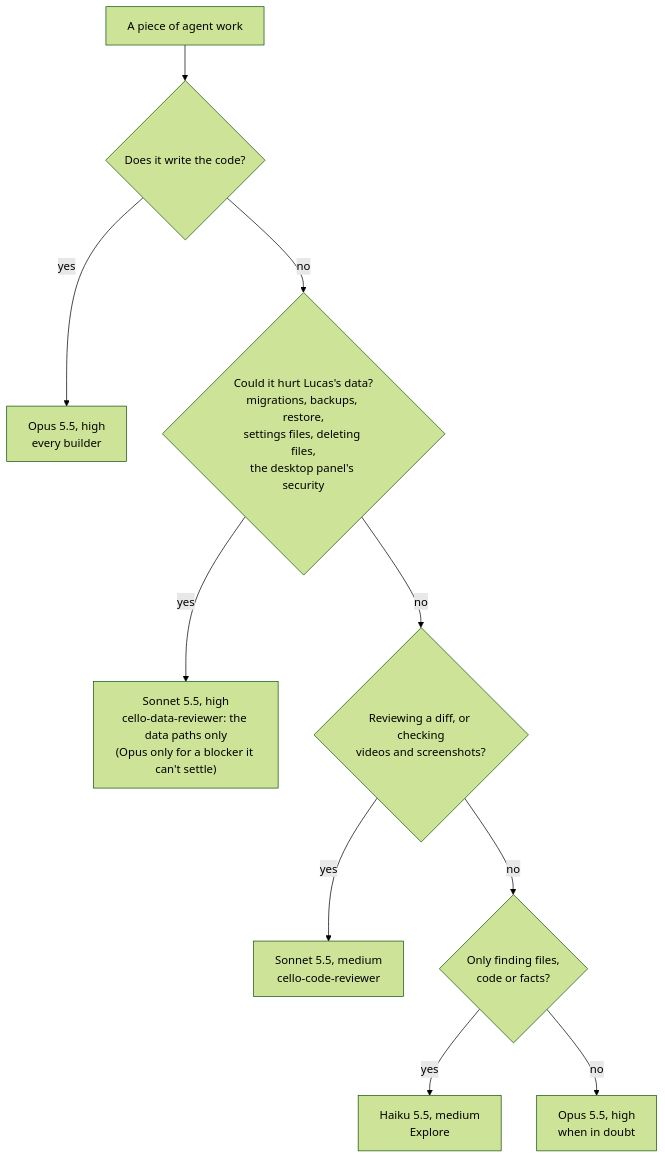
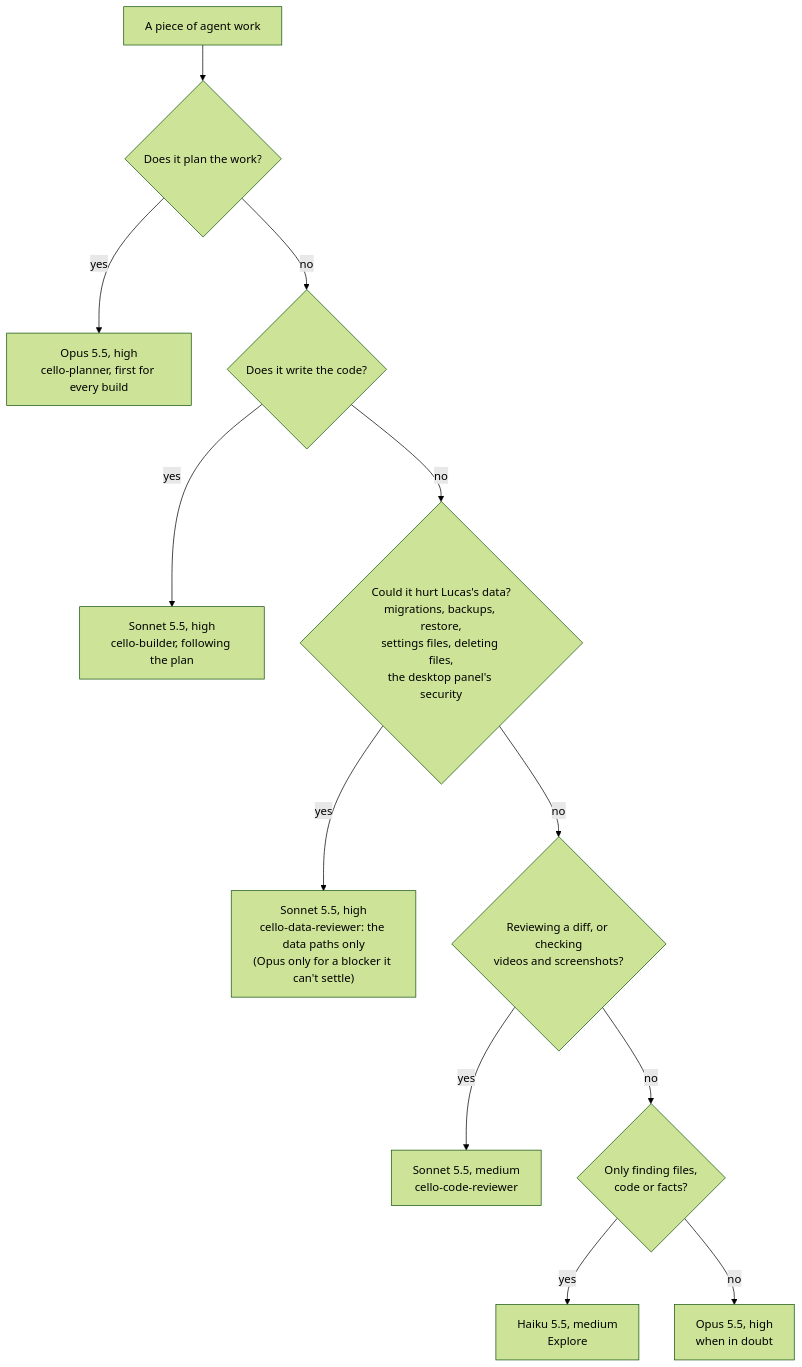
One commit to lnmunhoz/cello changed the diagram in docs/models.md. Above: the diagram before and after it, drawn with Mermaid (forest theme). The commit also changed other lines of this file and 5 other files, not shown here.

Commit message:
docs(agents): a cello-planner (Opus 5.5, high) plans every build first; builders move to Sonnet 5.5, high (CEL-158)

````diff
--- a/docs/models.md
+++ b/docs/models.md
@@ -31,12 +34,14 @@
 ```mermaid
 flowchart TD
-    A["A piece of agent work"] --> B{"Does it write the code?"}
-    B -->|yes| O1["Opus 5.5, high<br/>every builder"]
+    A["A piece of agent work"] --> P{"Does it plan the work?"}
+    P -->|yes| O1["Opus 5.5, high<br/>cello-planner, first for every build"]
+    P -->|no| B{"Does it write the code?"}
+    B -->|yes| SB["Sonnet 5.5, high<br/>cello-builder, following the plan"]
     B -->|no| C{"Could it hurt Lucas's data?<br/>migrations, backups, restore,<br/>settings files, deleting files,<br/>the desktop panel's security"}
     C -->|yes| O2["Sonnet 5.5, high<br/>cello-data-reviewer: the data paths only<br/>(Opus only for a blocker it can't settle)"]
     C -->|no| D{"Reviewing a diff, or checking<br/>videos and screenshots?"}
     D -->|yes| S["Sonnet 5.5, medium<br/>cello-code-reviewer"]
     D -->|no| E{"Only finding files,<br/>code or facts?"}
     E -->|yes| H["Haiku 5.5, medium<br/>Explore"]
     E -->|no| O3["Opus 5.5, high<br/>when in doubt"]
 ```
````
